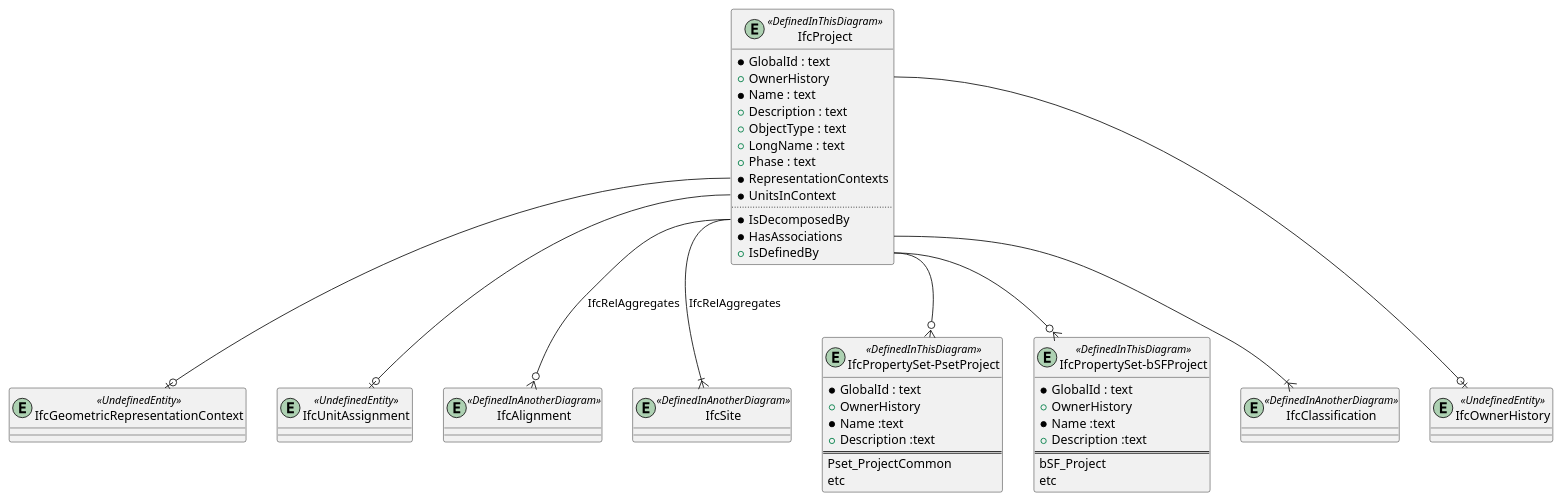
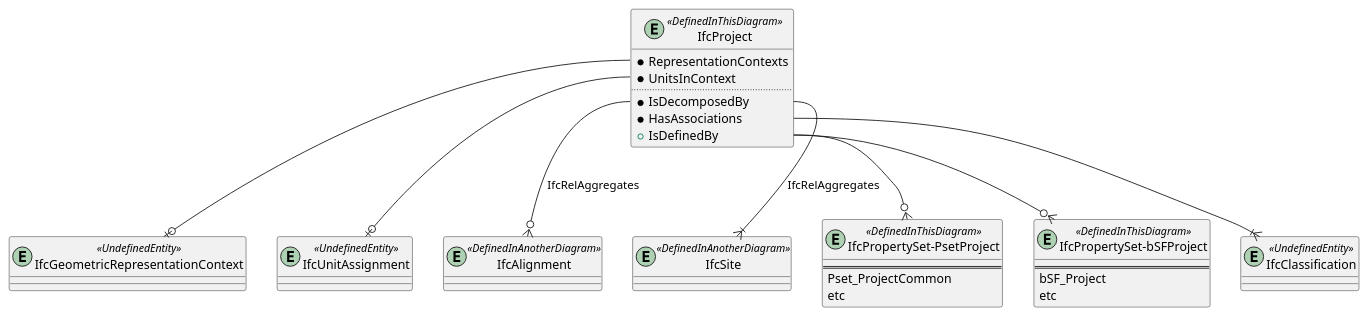
The diagram in diagrams/bsf-IfcProject.pu (buildingSMART-Finland/RYTV-IFCRoute), drawn with PlantUML before and after one commit. The commit also changed 5 other files, not shown here.

Commit message:
Changes to diagrams and markdown - Material related stuff removed - Unused entity members removed - Table format for property sets

```diff
--- a/diagrams/bsf-IfcProject.pu
+++ b/diagrams/bsf-IfcProject.pu
@@ -1,62 +1,45 @@
 @startuml 
 
 entity IfcProject <<DefinedInThisDiagram>>
 {
-  *GlobalId : text
-  +OwnerHistory
-  *Name : text
-  +Description : text
-  +ObjectType : text
-  +LongName : text
-  +Phase : text
   *RepresentationContexts
   *UnitsInContext
   ..
   *IsDecomposedBy
   *HasAssociations
   +IsDefinedBy
 }
 
 entity IfcGeometricRepresentationContext <<UndefinedEntity>>
 
 entity IfcUnitAssignment <<UndefinedEntity>>
 
 entity IfcAlignment <<DefinedInAnotherDiagram>>
 IfcProject::IsDecomposedBy--o{IfcAlignment : IfcRelAggregates
 
 entity IfcSite <<DefinedInAnotherDiagram>>
 IfcProject::IsDecomposedBy--|{IfcSite : IfcRelAggregates
 
 entity "IfcPropertySet-PsetProject" <<DefinedInThisDiagram>>
 {
-  *GlobalId : text
-  +OwnerHistory
-  *Name :text
-  +Description :text
   ==
   Pset_ProjectCommon
   etc
 }
 
 entity "IfcPropertySet-bSFProject" <<DefinedInThisDiagram>>
 {
-  *GlobalId : text
-  +OwnerHistory
-  *Name :text
-  +Description :text
   ==
   bSF_Project
   etc
 }
 
-entity IfcClassification <<DefinedInAnotherDiagram>>
+entity IfcClassification <<UndefinedEntity>>
 
 IfcProject::RepresentationContexts --o| IfcGeometricRepresentationContext
 IfcProject::UnitsInContext --o| IfcUnitAssignment
 IfcProject::HasAssociations --|{IfcClassification 
 IfcProject::IsDefinedBy --o{ "IfcPropertySet-PsetProject"
 IfcProject::IsDefinedBy --o{ "IfcPropertySet-bSFProject"
-entity IfcOwnerHistory <<UndefinedEntity>>
-IfcProject::OwnerHistory --o| IfcOwnerHistory
 
 @enduml
```
